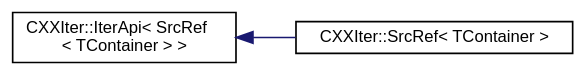
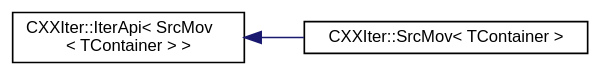
Before and after one commit to seijikun/CXXIter: the diagram in inherit_graph_13.dot, drawn with Graphviz. The commit also changed 39 other files, not shown here.

```diff
--- a/inherit_graph_13.dot
+++ b/inherit_graph_13.dot
@@ -1,12 +1,12 @@
 digraph "Graphical Class Hierarchy"
 {
  // INTERACTIVE_SVG=YES
  // LATEX_PDF_SIZE
   bgcolor="transparent";
   edge [fontname="Helvetica",fontsize="10",labelfontname="Helvetica",labelfontsize="10"];
   node [fontname="Helvetica",fontsize="10",shape=record];
   rankdir="LR";
-  Node0 [label="CXXIter::IterApi\< SrcRef\l\< TContainer \> \>",height=0.2,width=0.4,color="black",URL="$classCXXIter_1_1IterApi.html",tooltip=" "];
+  Node0 [label="CXXIter::IterApi\< SrcMov\l\< TContainer \> \>",height=0.2,width=0.4,color="black",URL="$classCXXIter_1_1IterApi.html",tooltip=" "];
   Node0 -> Node1 [dir="back",color="midnightblue",fontsize="10",style="solid",fontname="Helvetica"];
-  Node1 [label="CXXIter::SrcRef\< TContainer \>",height=0.2,width=0.4,color="black",URL="$classCXXIter_1_1SrcRef.html",tooltip="CXXIter iterator source that mutably borrows the input item source, and passes mutable references to ..."];
+  Node1 [label="CXXIter::SrcMov\< TContainer \>",height=0.2,width=0.4,color="black",URL="$classCXXIter_1_1SrcMov.html",tooltip="CXXIter iterator source that takes over the input item source, and moves its items through the elemen..."];
 }
```
